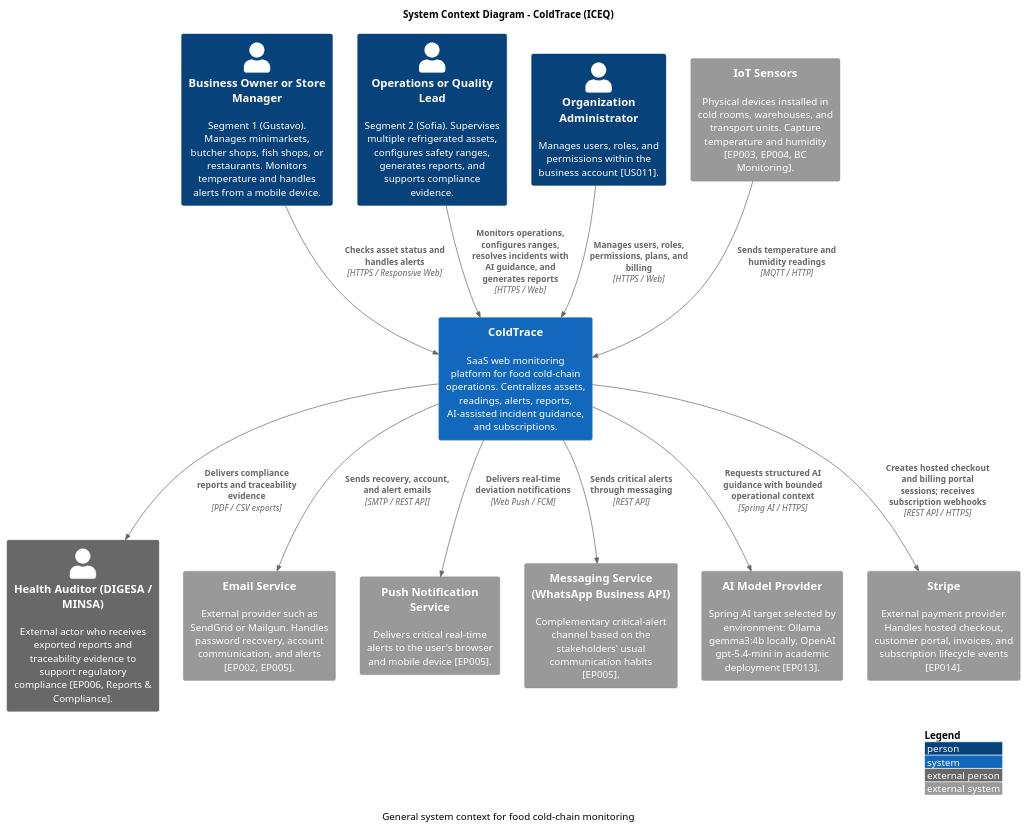
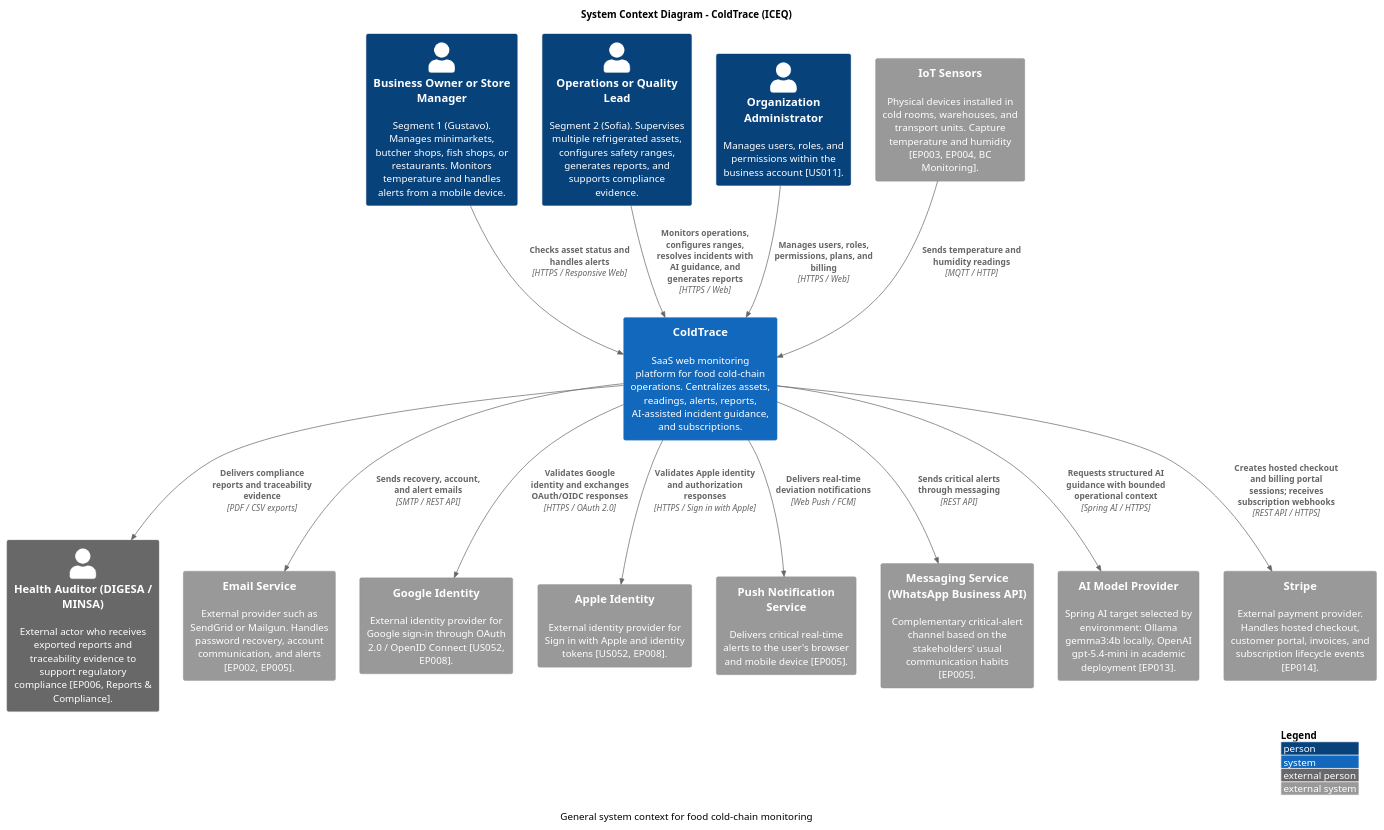
One commit to ICEQ2026/informe-del-proyecto changed the diagram in report/assets/chapter-04/contextdiagram/contextdiagram.puml. Above: the diagram before and after it, drawn with PlantUML. The commit also changed 17 other files, not shown here.

```diff
--- a/report/assets/chapter-04/contextdiagram/contextdiagram.puml
+++ b/report/assets/chapter-04/contextdiagram/contextdiagram.puml
@@ -1,51 +1,57 @@
 @startuml
 !include https://raw.githubusercontent.com/plantuml-stdlib/C4-PlantUML/master/C4_Context.puml
 
 title System Context Diagram - ColdTrace (ICEQ)
 caption General system context for food cold-chain monitoring
 
 LAYOUT_WITH_LEGEND()
 LAYOUT_TOP_DOWN()
 
 ' Main actors
 Person(owner, "Business Owner or Store Manager", "Segment 1 (Gustavo). Manages minimarkets, butcher shops, fish shops, or restaurants. Monitors temperature and handles alerts from a mobile device.")
 
 Person(operations_lead, "Operations or Quality Lead", "Segment 2 (Sofia). Supervises multiple refrigerated assets, configures safety ranges, generates reports, and supports compliance evidence.")
 
 Person(admin, "Organization Administrator", "Manages users, roles, and permissions within the business account [US011].")
 
 Person_Ext(auditor, "Health Auditor (DIGESA / MINSA)", "External actor who receives exported reports and traceability evidence to support regulatory compliance [EP006, Reports & Compliance].")
 
 ' Main system
 System(coldtrace, "ColdTrace", "SaaS web monitoring platform for food cold-chain operations. Centralizes assets, readings, alerts, reports, AI-assisted incident guidance, and subscriptions.")
 
 ' External systems
 System_Ext(sensors, "IoT Sensors", "Physical devices installed in cold rooms, warehouses, and transport units. Capture temperature and humidity [EP003, EP004, BC Monitoring].")
 
 System_Ext(email, "Email Service", "External provider such as SendGrid or Mailgun. Handles password recovery, account communication, and alerts [EP002, EP005].")
 
+System_Ext(google_identity, "Google Identity", "External identity provider for Google sign-in through OAuth 2.0 / OpenID Connect [US052, EP008].")
+
+System_Ext(apple_identity, "Apple Identity", "External identity provider for Sign in with Apple and identity tokens [US052, EP008].")
+
 System_Ext(push, "Push Notification Service", "Delivers critical real-time alerts to the user's browser and mobile device [EP005].")
 
 System_Ext(whatsapp, "Messaging Service (WhatsApp Business API)", "Complementary critical-alert channel based on the stakeholders' usual communication habits [EP005].")
 
 System_Ext(ai_provider, "AI Model Provider", "Spring AI target selected by environment: Ollama gemma3:4b locally, OpenAI gpt-5.4-mini in academic deployment [EP013].")
 
 System_Ext(stripe, "Stripe", "External payment provider. Handles hosted checkout, customer portal, invoices, and subscription lifecycle events [EP014].")
 
 ' Main relationships
 Rel(owner, coldtrace, "Checks asset status and handles alerts", "HTTPS / Responsive Web")
 Rel(operations_lead, coldtrace, "Monitors operations, configures ranges, resolves incidents with AI guidance, and generates reports", "HTTPS / Web")
 Rel(admin, coldtrace, "Manages users, roles, permissions, plans, and billing", "HTTPS / Web")
 
 Rel(coldtrace, auditor, "Delivers compliance reports and traceability evidence", "PDF / CSV exports")
 
 Rel(sensors, coldtrace, "Sends temperature and humidity readings", "MQTT / HTTP")
 
 Rel(coldtrace, email, "Sends recovery, account, and alert emails", "SMTP / REST API")
+Rel(coldtrace, google_identity, "Validates Google identity and exchanges OAuth/OIDC responses", "HTTPS / OAuth 2.0")
+Rel(coldtrace, apple_identity, "Validates Apple identity and authorization responses", "HTTPS / Sign in with Apple")
 Rel(coldtrace, push, "Delivers real-time deviation notifications", "Web Push / FCM")
 Rel(coldtrace, whatsapp, "Sends critical alerts through messaging", "REST API")
 
 Rel(coldtrace, ai_provider, "Requests structured AI guidance with bounded operational context", "Spring AI / HTTPS")
 Rel(coldtrace, stripe, "Creates hosted checkout and billing portal sessions; receives subscription webhooks", "REST API / HTTPS")
 
 @enduml
```
